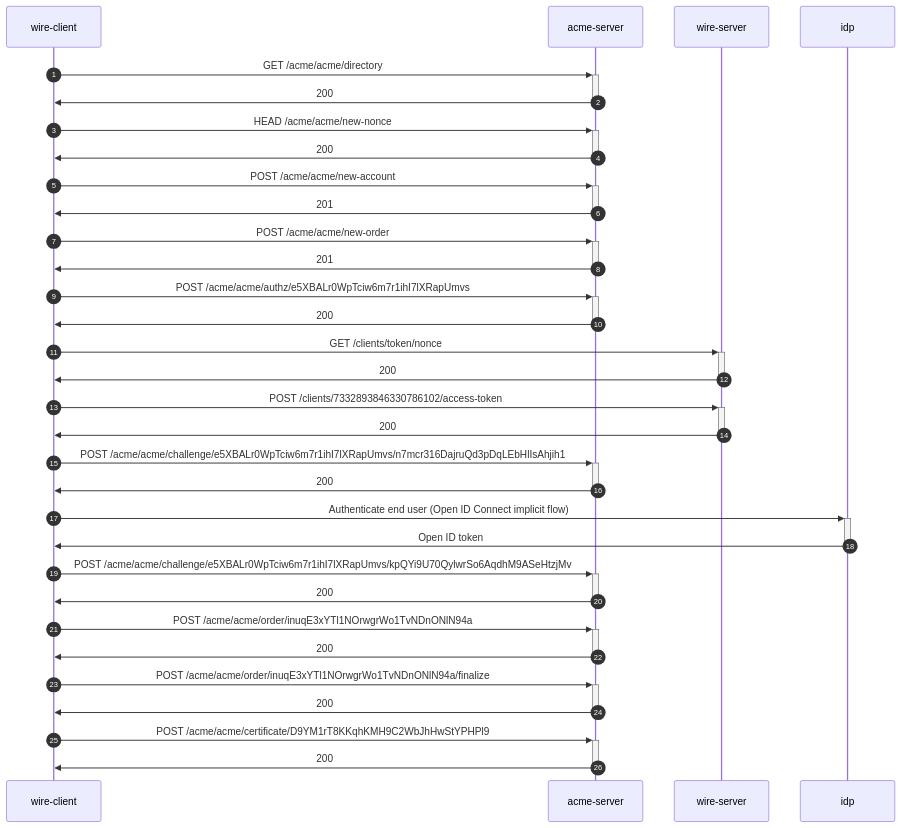
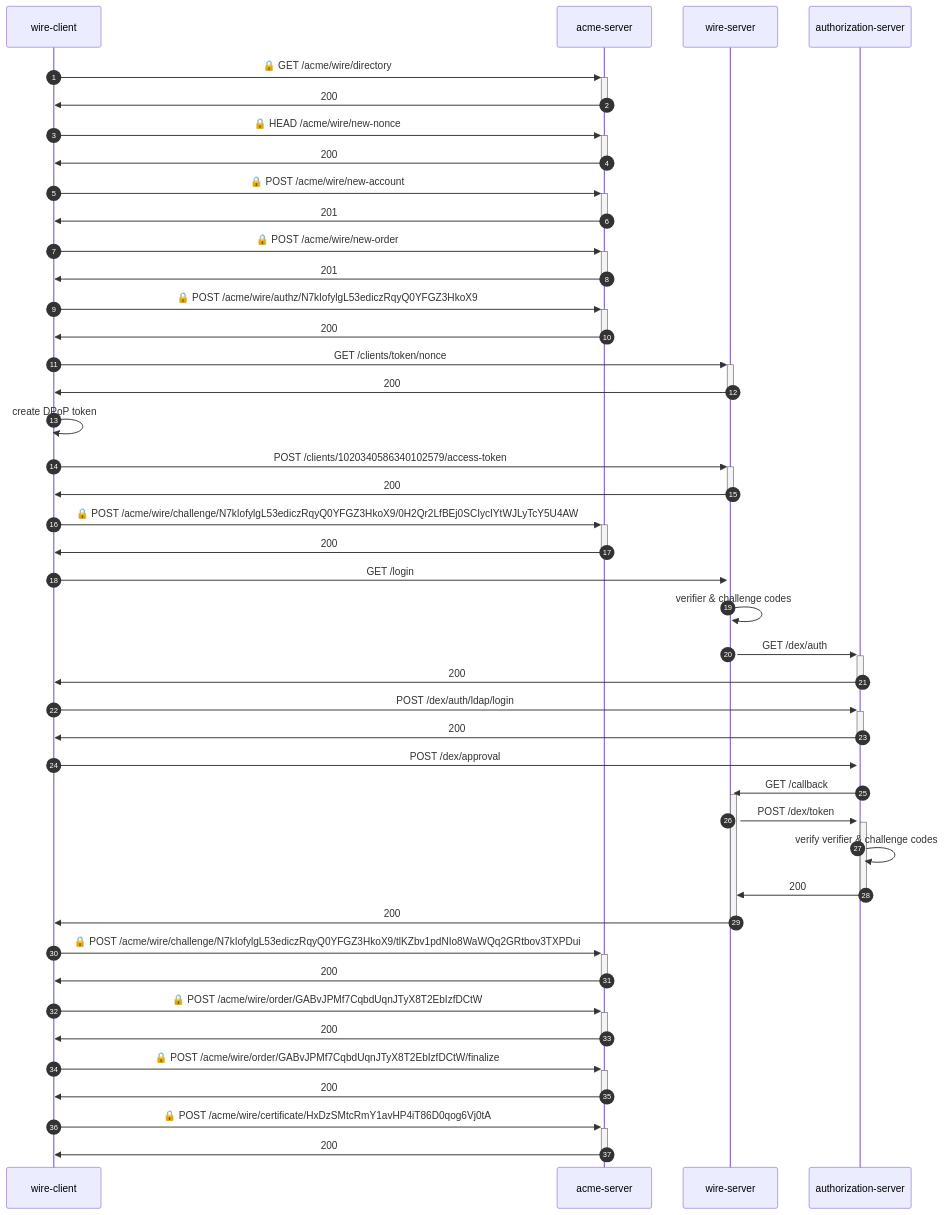
Before and after one commit to wireapp/rusty-jwt-tools: the diagram in e2e-identity/README.md, drawn with Mermaid. The commit also changed other lines of this file and 52 other files, not shown here.

````diff
--- a/e2e-identity/README.md
+++ b/e2e-identity/README.md
@@ -3,30 +3,41 @@
 ```mermaid
 sequenceDiagram
     autonumber
-    wire-client->>+acme-server: GET /acme/acme/directory
+    wire-client->>+acme-server: 🔒 GET /acme/wire/directory
     acme-server->>-wire-client: 200
-    wire-client->>+acme-server: HEAD /acme/acme/new-nonce
+    wire-client->>+acme-server: 🔒 HEAD /acme/wire/new-nonce
     acme-server->>-wire-client: 200
-    wire-client->>+acme-server: POST /acme/acme/new-account
+    wire-client->>+acme-server: 🔒 POST /acme/wire/new-account
     acme-server->>-wire-client: 201
-    wire-client->>+acme-server: POST /acme/acme/new-order
+    wire-client->>+acme-server: 🔒 POST /acme/wire/new-order
     acme-server->>-wire-client: 201
-    wire-client->>+acme-server: POST /acme/acme/authz/e5XBALr0WpTciw6m7r1ihI7lXRapUmvs
+    wire-client->>+acme-server: 🔒 POST /acme/wire/authz/N7kIofylgL53ediczRqyQ0YFGZ3HkoX9
     acme-server->>-wire-client: 200
-    wire-client->>+wire-server: GET /clients/token/nonce
+    wire-client->>+wire-server:  GET /clients/token/nonce
     wire-server->>-wire-client: 200
-    wire-client->>+wire-server: POST /clients/7332893846330786102/access-token
+    wire-client->>wire-client: create DPoP token
+    wire-client->>+wire-server:  POST /clients/1020340586340102579/access-token
     wire-server->>-wire-client: 200
-    wire-client->>+acme-server: POST /acme/acme/challenge/e5XBALr0WpTciw6m7r1ihI7lXRapUmvs/n7mcr316DajruQd3pDqLEbHlIsAhjih1
+    wire-client->>+acme-server: 🔒 POST /acme/wire/challenge/N7kIofylgL53ediczRqyQ0YFGZ3HkoX9/0H2Qr2LfBEj0SCIycIYtWJLyTcY5U4AW
     acme-server->>-wire-client: 200
-    wire-client->>+idp: Authenticate end user (Open ID Connect implicit flow)
-    idp->>-wire-client: Open ID token
-    wire-client->>+acme-server: POST /acme/acme/challenge/e5XBALr0WpTciw6m7r1ihI7lXRapUmvs/kpQYi9U70QylwrSo6AqdhM9ASeHtzjMv
+    wire-client->>+wire-server:  GET /login
+    wire-server->>wire-server: verifier & challenge codes
+    wire-server->>+authorization-server:  GET /dex/auth
+    authorization-server->>-wire-client: 200
+    wire-client->>+authorization-server:  POST /dex/auth/ldap/login
+    authorization-server->>-wire-client: 200
+    wire-client->>+authorization-server:  POST /dex/approval
+    authorization-server->>+wire-server:  GET /callback
+    wire-server->>+authorization-server:  POST /dex/token
+    authorization-server->>authorization-server: verify verifier & challenge codes
+    authorization-server->>-wire-server: 200
+    wire-server->>-wire-client: 200
+    wire-client->>+acme-server: 🔒 POST /acme/wire/challenge/N7kIofylgL53ediczRqyQ0YFGZ3HkoX9/tlKZbv1pdNIo8WaWQq2GRtbov3TXPDui
     acme-server->>-wire-client: 200
-    wire-client->>+acme-server: POST /acme/acme/order/inuqE3xYTl1NOrwgrWo1TvNDnONlN94a
+    wire-client->>+acme-server: 🔒 POST /acme/wire/order/GABvJPMf7CqbdUqnJTyX8T2EbIzfDCtW
     acme-server->>-wire-client: 200
-    wire-client->>+acme-server: POST /acme/acme/order/inuqE3xYTl1NOrwgrWo1TvNDnONlN94a/finalize
+    wire-client->>+acme-server: 🔒 POST /acme/wire/order/GABvJPMf7CqbdUqnJTyX8T2EbIzfDCtW/finalize
     acme-server->>-wire-client: 200
-    wire-client->>+acme-server: POST /acme/acme/certificate/D9YM1rT8KKqhKMH9C2WbJhHwStYPHPl9
+    wire-client->>+acme-server: 🔒 POST /acme/wire/certificate/HxDzSMtcRmY1avHP4iT86D0qog6Vj0tA
     acme-server->>-wire-client: 200
 ```
````
